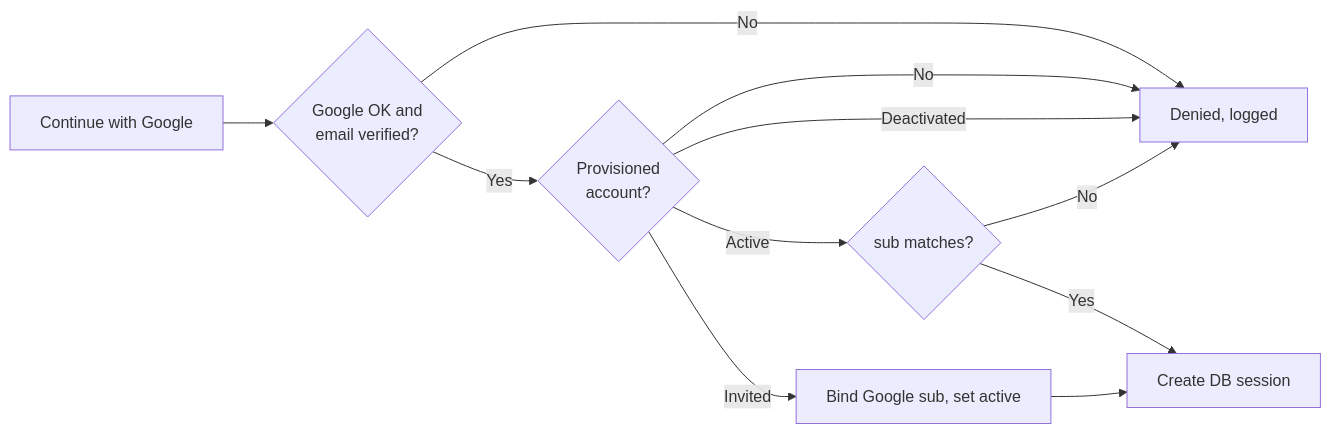
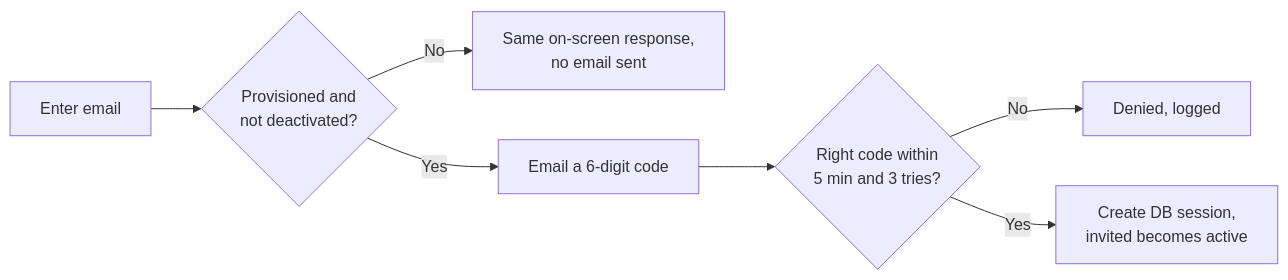
One commit to andreispDev/ai-powered-inventory-system changed the third of 6 diagrams in Architectural.md. Above: the diagram before and after it, drawn with Mermaid. The commit also changed other lines of this file and 22 other files, not shown here.

````diff
--- a/Architectural.md
+++ b/Architectural.md
@@ -107,13 +107,9 @@
 ```mermaid
 flowchart LR
-  A[Continue with Google] --> B{Google OK and<br/>email verified?}
-  B -- No --> X[Denied, logged]
-  B -- Yes --> C{Provisioned<br/>account?}
-  C -- No --> X
-  C -- Deactivated --> X
-  C -- Invited --> D[Bind Google sub, set active]
-  C -- Active --> E{sub matches?}
-  E -- No --> X
-  E -- Yes --> F[Create DB session]
-  D --> F
+  A[Enter email] --> B{Provisioned and<br/>not deactivated?}
+  B -- No --> S[Same on-screen response,<br/>no email sent]
+  B -- Yes --> C[Email a 6-digit code]
+  C --> D{Right code within<br/>5 min and 3 tries?}
+  D -- No --> X[Denied, logged]
+  D -- Yes --> F[Create DB session,<br/>invited becomes active]
 ```
````
